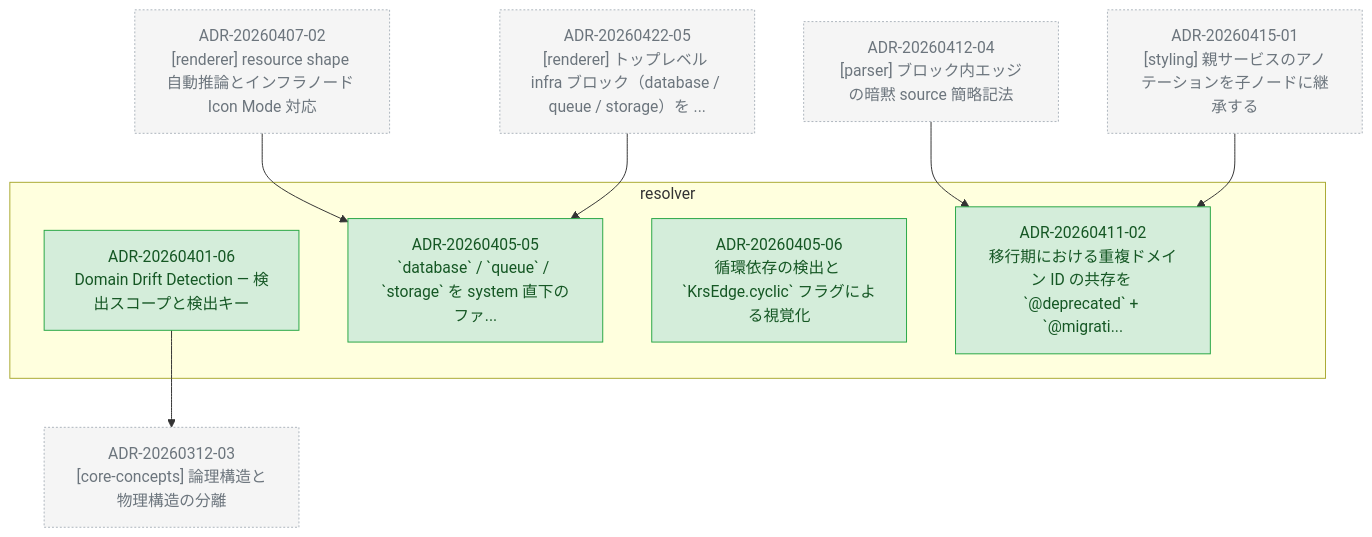
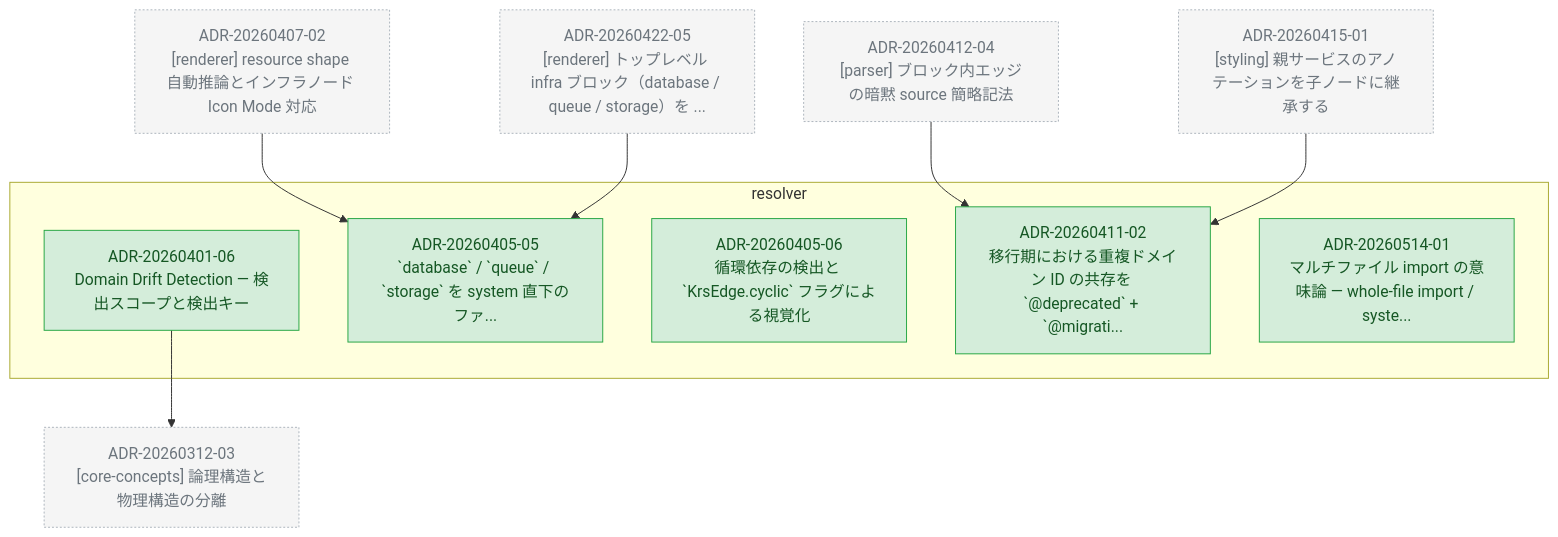
Before and after one commit to kompiro/karasu: the diagram in docs/adr/graph/resolver.md, drawn with Mermaid. The commit also changed other lines of this file and 5 other files, not shown here.

First line of the commit message:
docs(adr): promote import semantics redesign to ADR-20260514-01

````diff
--- a/docs/adr/graph/resolver.md
+++ b/docs/adr/graph/resolver.md
@@ -6,35 +6,37 @@
 ```mermaid
 flowchart TD
   subgraph resolver["resolver"]
     ADR_20260401_06["ADR-20260401-06<br/>Domain Drift Detection — 検出スコープと検出キー"]
     ADR_20260405_05["ADR-20260405-05<br/>`database` / `queue` / `storage` を system 直下のファ..."]
     ADR_20260405_06["ADR-20260405-06<br/>循環依存の検出と `KrsEdge.cyclic` フラグによる視覚化"]
     ADR_20260411_02["ADR-20260411-02<br/>移行期における重複ドメイン ID の共存を `@deprecated` + `@migrati..."]
+    ADR_20260514_01["ADR-20260514-01<br/>マルチファイル import の意味論 — whole-file import / syste..."]
   end
   ADR_20260312_03["ADR-20260312-03<br/>[core-concepts] 論理構造と物理構造の分離"]
   ADR_20260407_02["ADR-20260407-02<br/>[renderer] resource shape 自動推論とインフラノード Icon Mode 対応"]
   ADR_20260412_04["ADR-20260412-04<br/>[parser] ブロック内エッジの暗黙 source 簡略記法"]
   ADR_20260415_01["ADR-20260415-01<br/>[styling] 親サービスのアノテーションを子ノードに継承する"]
   ADR_20260422_05["ADR-20260422-05<br/>[renderer] トップレベル infra ブロック（database / queue / storage）を ..."]
   ADR_20260401_06 --> ADR_20260312_03
   ADR_20260407_02 --> ADR_20260405_05
   ADR_20260412_04 --> ADR_20260411_02
   ADR_20260415_01 --> ADR_20260411_02
   ADR_20260422_05 --> ADR_20260405_05
 
   classDef accepted fill:#d4edda,stroke:#28a745,color:#155724
   classDef proposed fill:#fff3cd,stroke:#ffc107,color:#856404
   classDef deprecated fill:#f8d7da,stroke:#dc3545,color:#721c24
   classDef superseded fill:#e2e3e5,stroke:#6c757d,color:#383d41
   classDef not_adopted fill:#e2e3e5,stroke:#6c757d,color:#383d41,stroke-dasharray:3 3
   classDef ghost fill:#f5f5f5,stroke:#adb5bd,color:#6c757d,stroke-dasharray:2 2
   class ADR_20260401_06 accepted
   class ADR_20260405_05 accepted
   class ADR_20260405_06 accepted
   class ADR_20260411_02 accepted
+  class ADR_20260514_01 accepted
   class ADR_20260312_03 ghost
   class ADR_20260407_02 ghost
   class ADR_20260412_04 ghost
   class ADR_20260415_01 ghost
   class ADR_20260422_05 ghost
 ```
````
